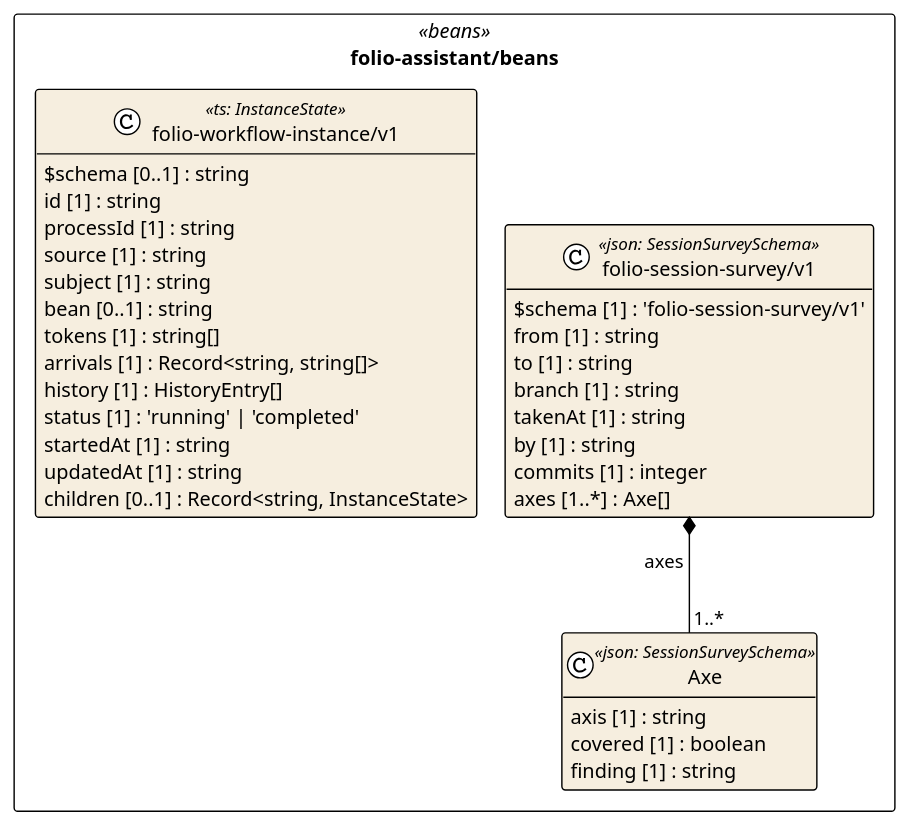
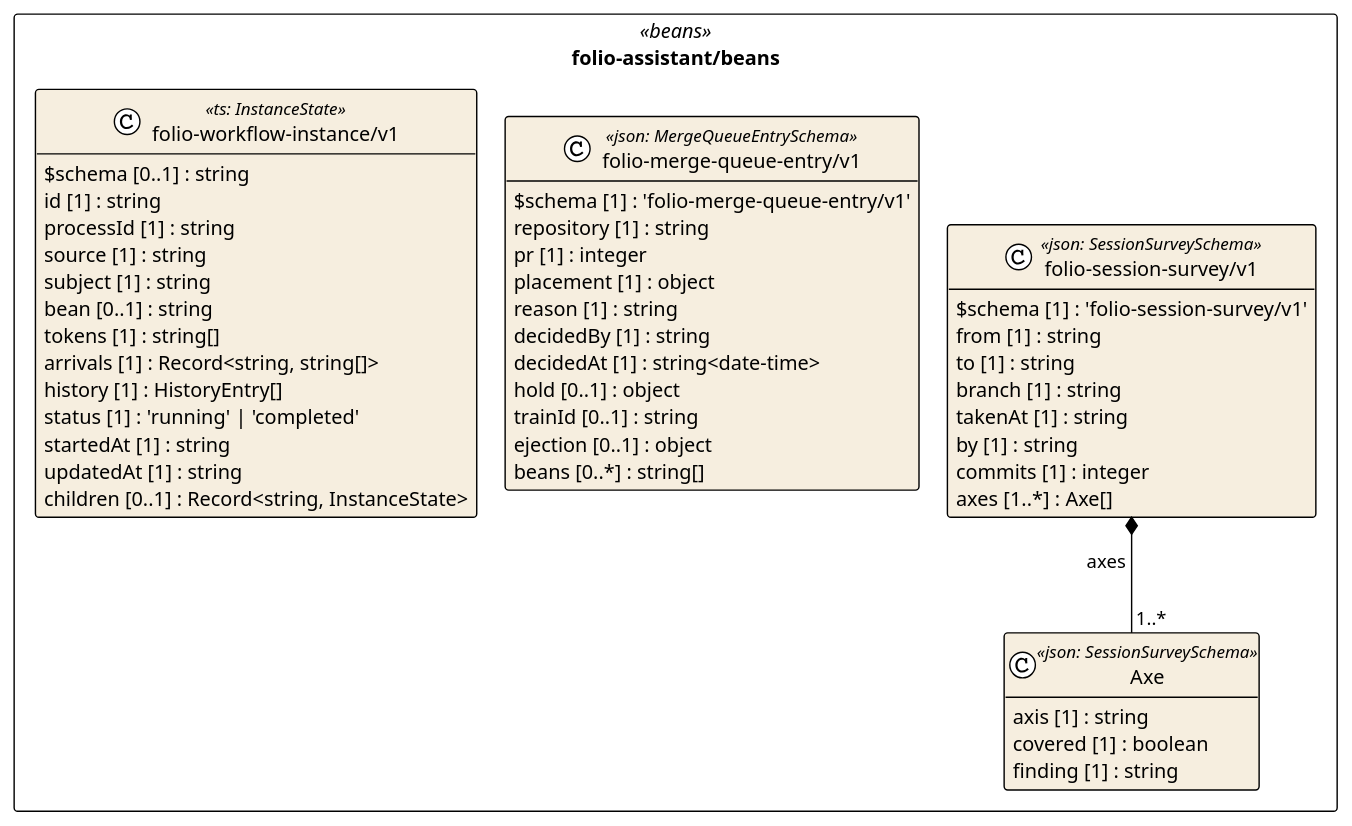
Before and after one commit to litlfred/folio-assistant: the diagram in cat-harness/uml/overview/folio-assistant/beans.puml, drawn with PlantUML. The commit also changed 10 other files, not shown here.

First line of the commit message:
gen-uml-overview: draw a piped validator by its output shape; regenerate the overview

```diff
--- a/cat-harness/uml/overview/folio-assistant/beans.puml
+++ b/cat-harness/uml/overview/folio-assistant/beans.puml
@@ -3,43 +3,56 @@
 @startuml folio_assistant_beans
 !pragma layout elk
 !theme plain
 skinparam classAttributeIconSize 0
 skinparam shadowing false
 skinparam packageStyle rectangle
 hide empty methods
 
 package "folio-assistant/beans" as pkg_folio_assistant_beans <<beans>> {
   class "folio-workflow-instance/v1" as folio_assistant_beans_folio_workflow_instance_v1 <<ts: InstanceState>> #f6eedf {
     $schema [0..1] : string
     id [1] : string
     processId [1] : string
     source [1] : string
     subject [1] : string
     bean [0..1] : string
     tokens [1] : string[]
     arrivals [1] : Record<string, string[]>
     history [1] : HistoryEntry[]
     status [1] : 'running' | 'completed'
     startedAt [1] : string
     updatedAt [1] : string
     children [0..1] : Record<string, InstanceState>
   }
   class "Axe" as folio_assistant_beans_folio_session_survey_v1_Axe <<json: SessionSurveySchema>> #f6eedf {
     axis [1] : string
     covered [1] : boolean
     finding [1] : string
   }
   class "folio-session-survey/v1" as folio_assistant_beans_folio_session_survey_v1_folio_session_survey_v1 <<json: SessionSurveySchema>> #f6eedf {
     $schema [1] : 'folio-session-survey/v1'
     from [1] : string
     to [1] : string
     branch [1] : string
     takenAt [1] : string
     by [1] : string
     commits [1] : integer
     axes [1..*] : Axe[]
   }
+  class "folio-merge-queue-entry/v1" as folio_assistant_beans_folio_merge_queue_entry_v1_folio_merge_queue_entry_v1 <<json: MergeQueueEntrySchema>> #f6eedf {
+    $schema [1] : 'folio-merge-queue-entry/v1'
+    repository [1] : string
+    pr [1] : integer
+    placement [1] : object
+    reason [1] : string
+    decidedBy [1] : string
+    decidedAt [1] : string<date-time>
+    hold [0..1] : object
+    trainId [0..1] : string
+    ejection [0..1] : object
+    beans [0..*] : string[]
+  }
 }
 
 folio_assistant_beans_folio_session_survey_v1_folio_session_survey_v1 *-- "1..*" folio_assistant_beans_folio_session_survey_v1_Axe : axes
 @enduml
```
